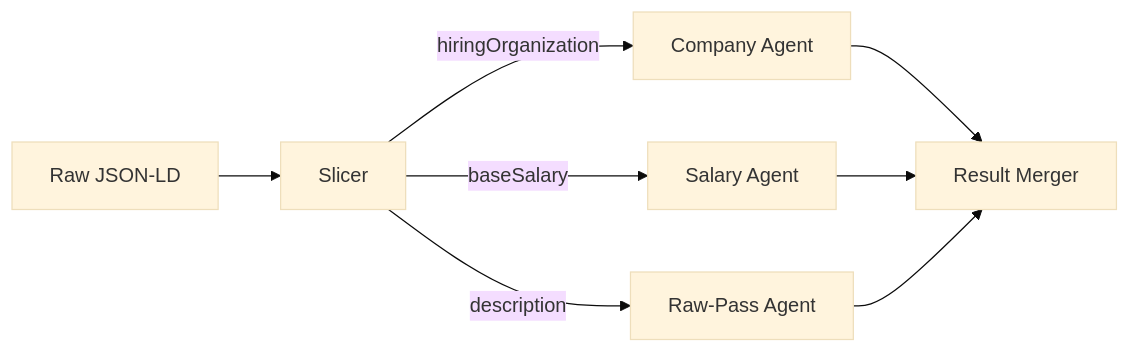
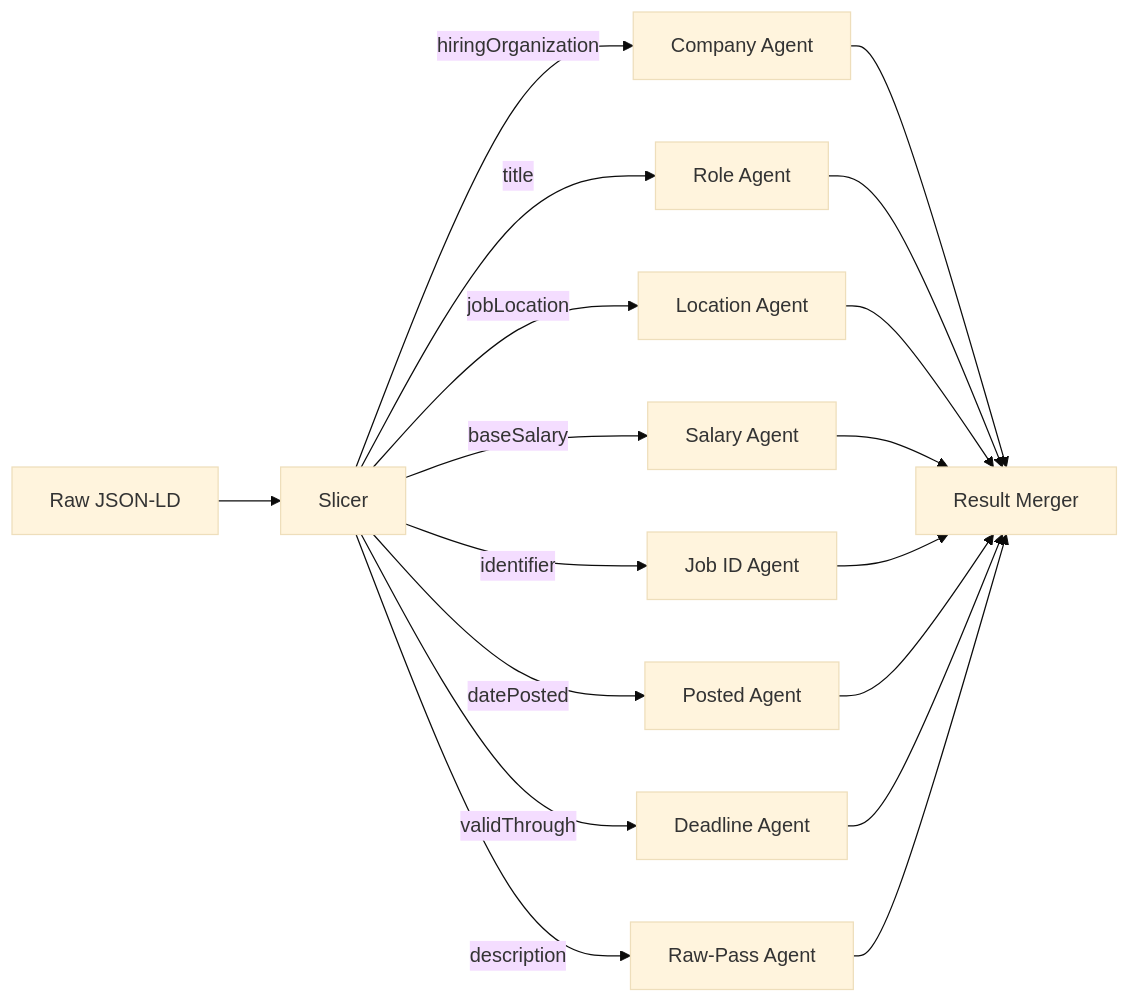
The second of 2 diagrams in backend/README.md (yicheinchang/lard), drawn with Mermaid (base theme) before and after one commit. The commit also changed other lines of this file and 4 other files, not shown here.

Commit message:
docs(ai): refine extraction logic documentation and diagrams

````diff
--- a/backend/README.md
+++ b/backend/README.md
@@ -114,8 +116,14 @@
 ```mermaid
 graph LR
     LD[Raw JSON-LD] --> S[Slicer]
     S -- "hiringOrganization" --> C[Company Agent]
+    S -- "title" --> R[Role Agent]
+    S -- "jobLocation" --> L[Location Agent]
     S -- "baseSalary" --> Sal[Salary Agent]
+    S -- "identifier" --> ID[Job ID Agent]
+    S -- "datePosted" --> P[Posted Agent]
+    S -- "validThrough" --> DL[Deadline Agent]
     S -- "description" --> Desc[Raw-Pass Agent]
-    C & Sal & Desc --> M[Result Merger]
+    
+    C & R & L & Sal & ID & P & DL & Desc --> M[Result Merger]
 ```
````
